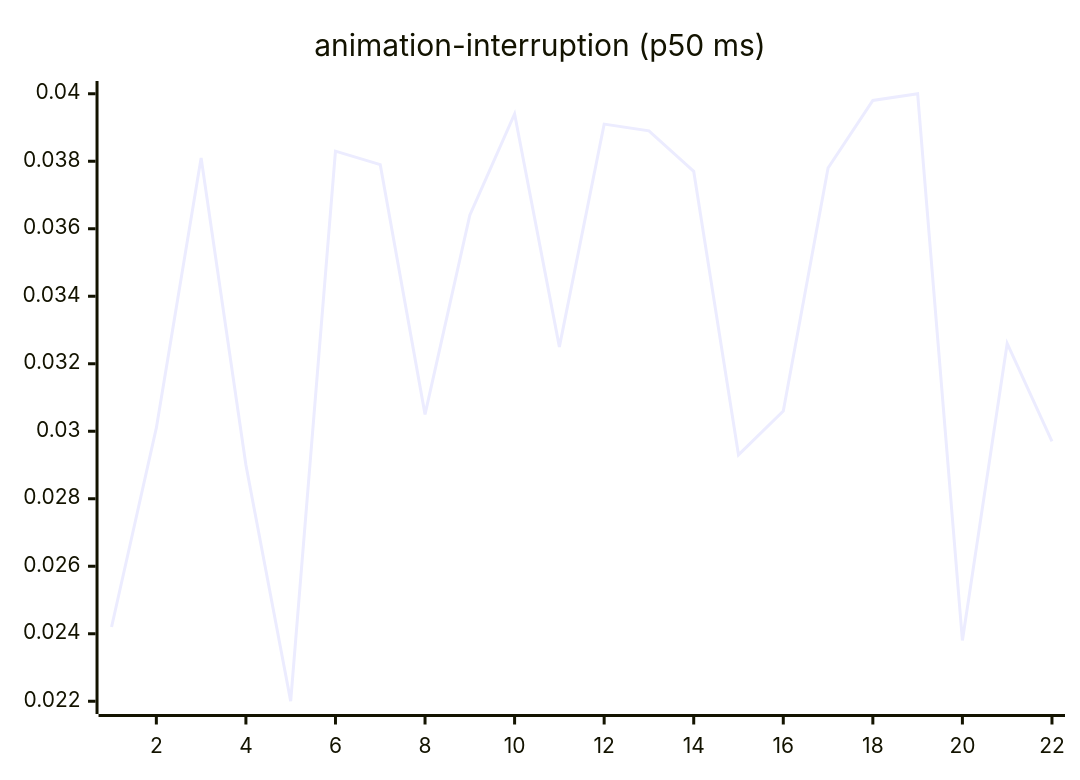
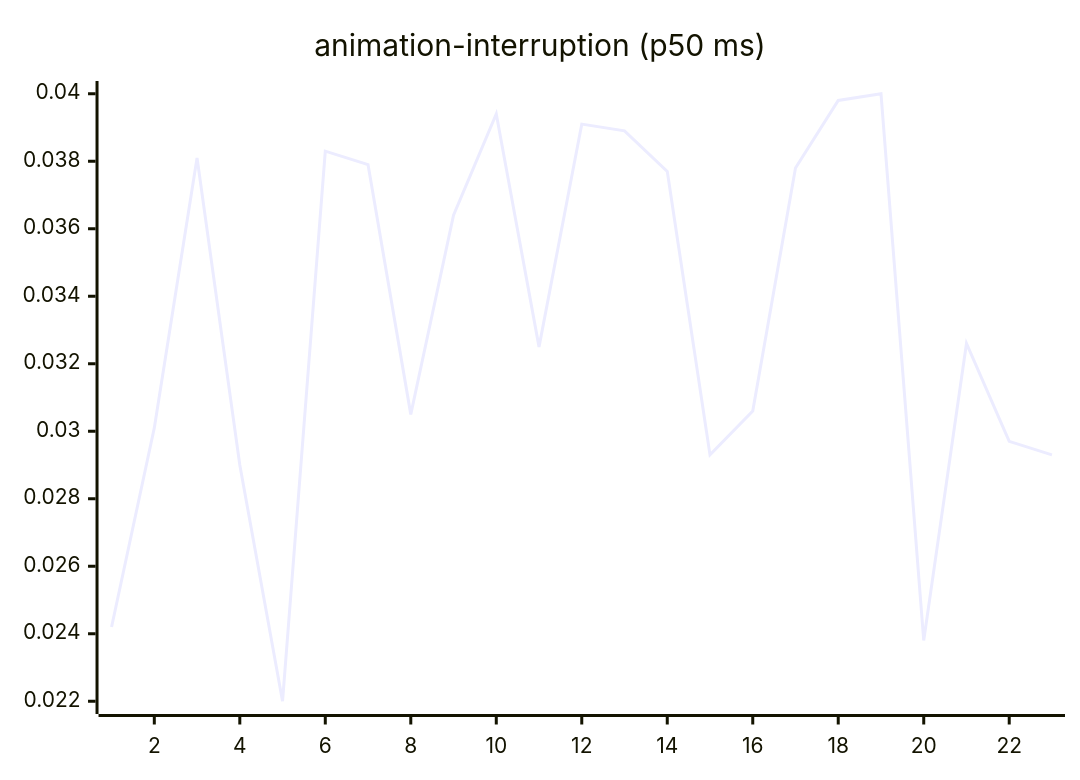
One commit to josha/Facet changed the third of 27 diagrams in README.md. Above: the diagram before and after it, drawn with Mermaid. The commit also changed other lines of this file and 2 other files, not shown here.

````diff
--- a/README.md
+++ b/README.md
@@ -77,6 +77,6 @@
 ```mermaid
 xychart-beta
     title "animation-interruption (p50 ms)"
-    x-axis 1 --> 22
-    line [0.0242, 0.0301, 0.0381, 0.0290, 0.0220, 0.0383, 0.0379, 0.0305, 0.0364, 0.0394, 0.0325, 0.0391, 0.0389, 0.0377, 0.0293, 0.0306, 0.0378, 0.0398, 0.0400, 0.0238, 0.0326, 0.0297]
+    x-axis 1 --> 23
+    line [0.0242, 0.0301, 0.0381, 0.0290, 0.0220, 0.0383, 0.0379, 0.0305, 0.0364, 0.0394, 0.0325, 0.0391, 0.0389, 0.0377, 0.0293, 0.0306, 0.0378, 0.0398, 0.0400, 0.0238, 0.0326, 0.0297, 0.0293]
 ```
````
